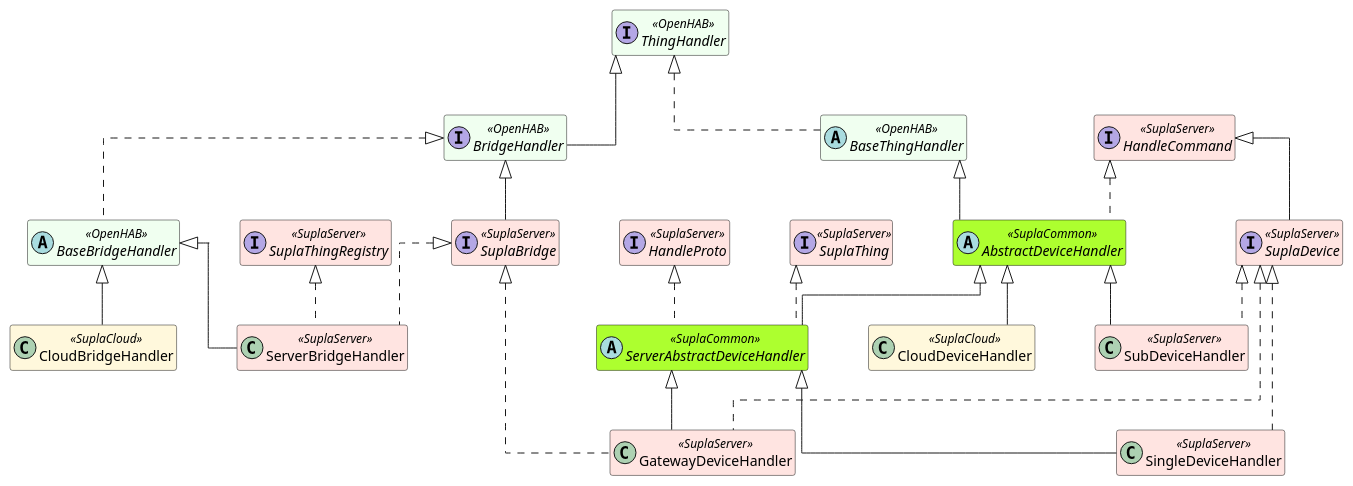
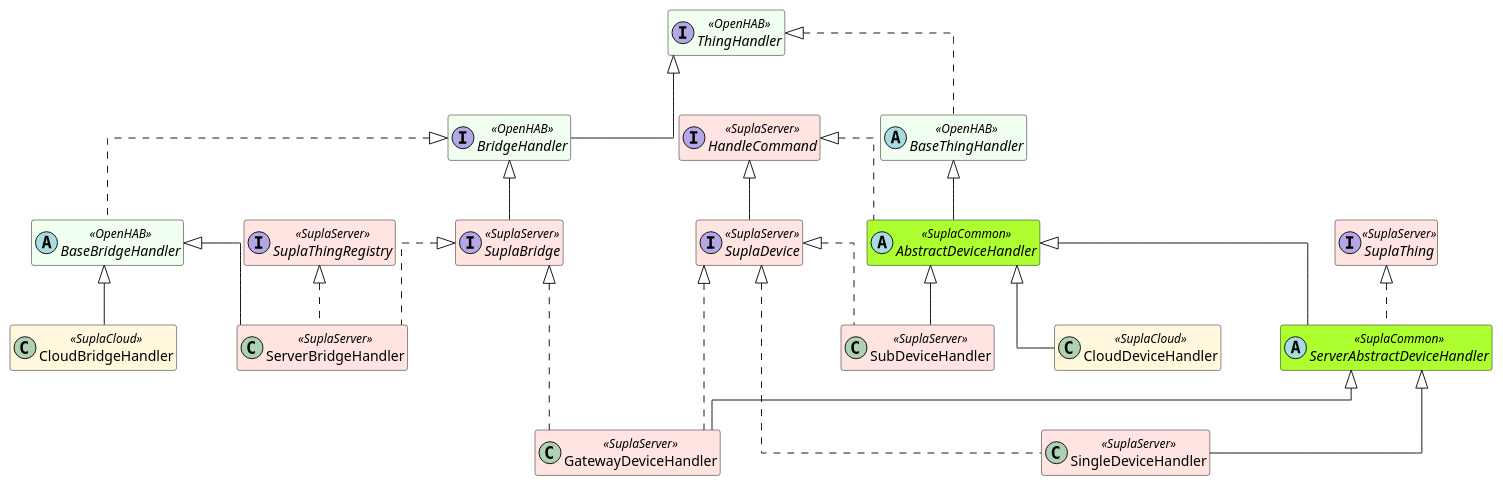
One commit to magx2/openhab-supla changed the diagram in puml/handler-inheritance.puml. Above: the diagram before and after it, drawn with PlantUML. The commit also changed 2 other files, not shown here.

Commit message:
Remove `HandleProto` and move it to `SuplaThing`

```diff
--- a/puml/handler-inheritance.puml
+++ b/puml/handler-inheritance.puml
@@ -1,71 +1,69 @@
 @startuml
 skinparam classAttributeIconSize 0
 skinparam linetype ortho
 skinparam nodesep 60
 skinparam ranksep 60
 hide empty members
 
 ' Keep the most-shared abstractions visually at the top
 top to bottom direction
 
 skinparam class {
 BackgroundColor<<OpenHAB>> HoneyDew
 BackgroundColor<<SuplaCloud>> Cornsilk
 BackgroundColor<<SuplaServer>> MistyRose
 BackgroundColor<<SuplaCommon>> GreenYellow
 }
 
 ' Anchor heavily used OpenHAB and Supla abstractions on the top rank
 interface ThingHandler <<OpenHAB>>
 interface BridgeHandler <<OpenHAB>>
 abstract class BaseThingHandler <<OpenHAB>>
 abstract class BaseBridgeHandler <<OpenHAB>>
 
 abstract class AbstractDeviceHandler <<SuplaCommon>>
 abstract class ServerAbstractDeviceHandler <<SuplaCommon>>
 
 interface HandleCommand <<SuplaServer>>
-interface HandleProto <<SuplaServer>>
 interface SuplaDevice <<SuplaServer>>
 interface SuplaThing <<SuplaServer>>
 interface SuplaThingRegistry <<SuplaServer>>
 interface SuplaBridge <<SuplaServer>>
 
 class GatewayDeviceHandler <<SuplaServer>>
 class SingleDeviceHandler <<SuplaServer>>
 class SubDeviceHandler <<SuplaServer>>
 class ServerBridgeHandler <<SuplaServer>>
 
 class CloudBridgeHandler <<SuplaCloud>>
 class CloudDeviceHandler <<SuplaCloud>>
 
 ' OpenHAB core relationships
 ThingHandler <|.. BaseThingHandler
 ThingHandler <|-- BridgeHandler
 BridgeHandler <|.. BaseBridgeHandler
 
 ' Device handler relationships
 BaseThingHandler <|-- AbstractDeviceHandler
 AbstractDeviceHandler <|-- ServerAbstractDeviceHandler
 AbstractDeviceHandler <|-- SubDeviceHandler
 AbstractDeviceHandler <|-- CloudDeviceHandler
 ServerAbstractDeviceHandler <|-- GatewayDeviceHandler
 ServerAbstractDeviceHandler <|-- SingleDeviceHandler
 
 ' Supla trait implementations (device side)
 HandleCommand <|.. AbstractDeviceHandler
-HandleProto <|.. ServerAbstractDeviceHandler
 HandleCommand <|-- SuplaDevice
 SuplaDevice <|.. SubDeviceHandler
 SuplaDevice <|.. SingleDeviceHandler
 SuplaDevice <|.. GatewayDeviceHandler
 SuplaThing <|.. ServerAbstractDeviceHandler
 
 ' Bridge handler relationships
 BaseBridgeHandler <|-- CloudBridgeHandler
 BaseBridgeHandler <|-- ServerBridgeHandler
 BridgeHandler <|-- SuplaBridge
 SuplaBridge <|.. GatewayDeviceHandler
 SuplaBridge <|.. ServerBridgeHandler
 SuplaThingRegistry <|.. ServerBridgeHandler
 @enduml
```
